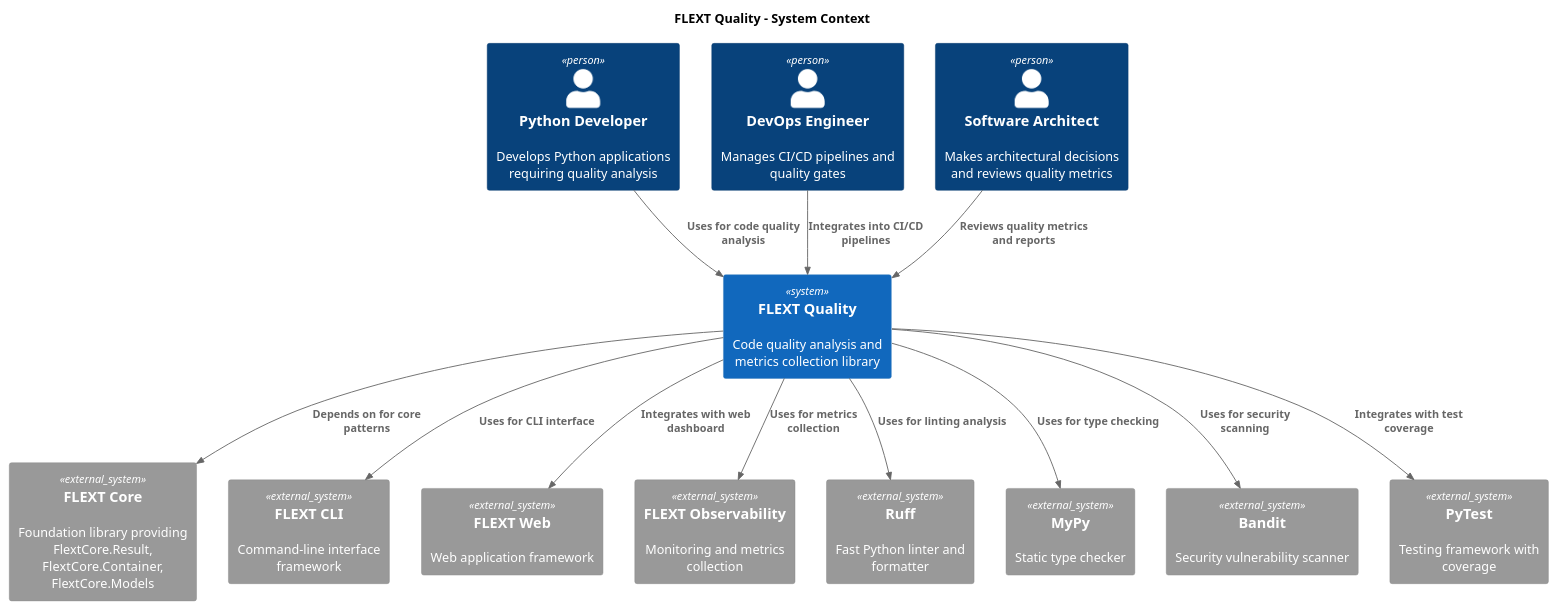
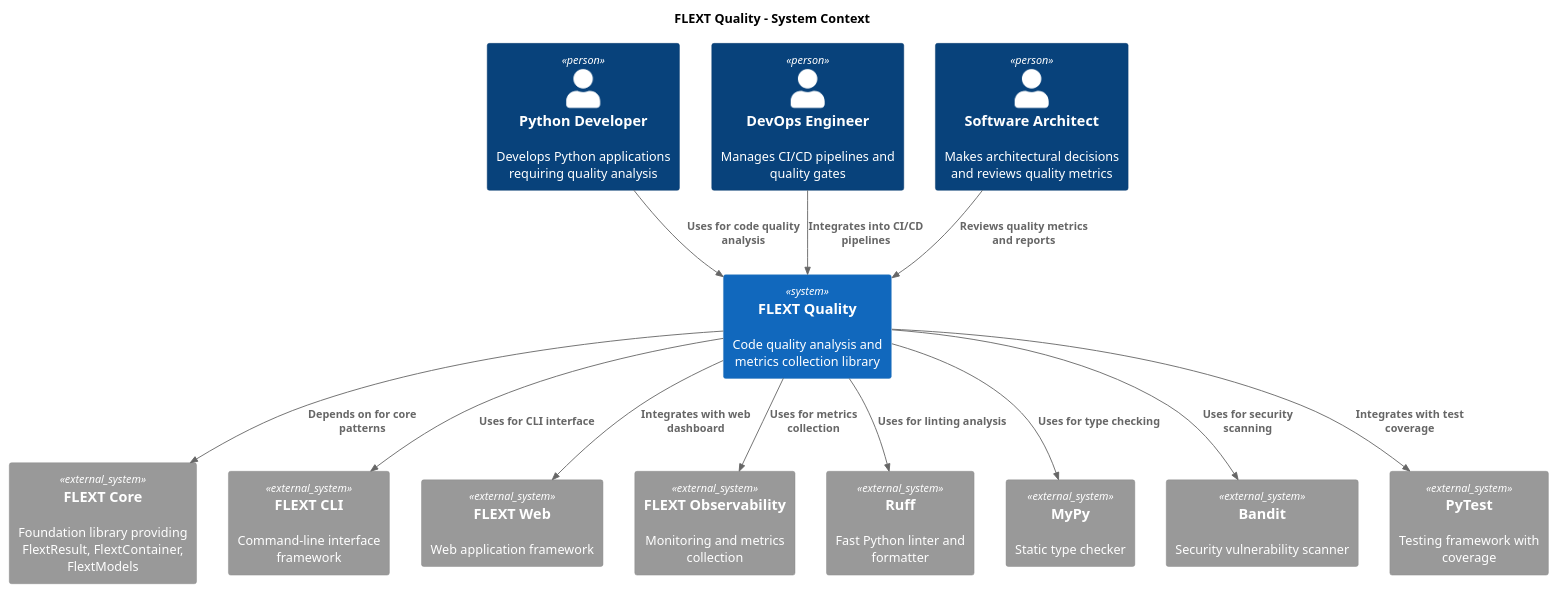
The diagram in docs/architecture/README.md (flext-sh/flext-quality), drawn with PlantUML before and after one commit. The commit also changed other lines of this file and 92 other files, not shown here.

````diff
--- a/docs/architecture/README.md
+++ b/docs/architecture/README.md
@@ -47,38 +47,38 @@
 ```plantuml
 @startuml FLEXT Quality - System Context
 !include https://raw.githubusercontent.com/plantuml-stdlib/C4-PlantUML/master/C4_Context.puml
 
 title FLEXT Quality - System Context
 
 Person(developer, "Python Developer", "Develops Python applications requiring quality analysis")
 Person(devops, "DevOps Engineer", "Manages CI/CD pipelines and quality gates")
 Person(architect, "Software Architect", "Makes architectural decisions and reviews quality metrics")
 
 System(flext_quality, "FLEXT Quality", "Code quality analysis and metrics collection library")
 
-System_Ext(flext_core, "FLEXT Core", "Foundation library providing FlextCore.Result, FlextCore.Container, FlextCore.Models")
+System_Ext(flext_core, "FLEXT Core", "Foundation library providing FlextResult, FlextContainer, FlextModels")
 System_Ext(flext_cli, "FLEXT CLI", "Command-line interface framework")
 System_Ext(flext_web, "FLEXT Web", "Web application framework")
 System_Ext(flext_observability, "FLEXT Observability", "Monitoring and metrics collection")
 
 System_Ext(ruff, "Ruff", "Fast Python linter and formatter")
 System_Ext(mypy, "MyPy", "Static type checker")
 System_Ext(bandit, "Bandit", "Security vulnerability scanner")
 System_Ext(pytest, "PyTest", "Testing framework with coverage")
 
 Rel(developer, flext_quality, "Uses for code quality analysis")
 Rel(devops, flext_quality, "Integrates into CI/CD pipelines")
 Rel(architect, flext_quality, "Reviews quality metrics and reports")
 
 Rel(flext_quality, flext_core, "Depends on for core patterns")
 Rel(flext_quality, flext_cli, "Uses for CLI interface")
 Rel(flext_quality, flext_web, "Integrates with web dashboard")
 Rel(flext_quality, flext_observability, "Uses for metrics collection")
 
 Rel(flext_quality, ruff, "Uses for linting analysis")
 Rel(flext_quality, mypy, "Uses for type checking")
 Rel(flext_quality, bandit, "Uses for security scanning")
 Rel(flext_quality, pytest, "Integrates with test coverage")
 
 @enduml
 ```
````
